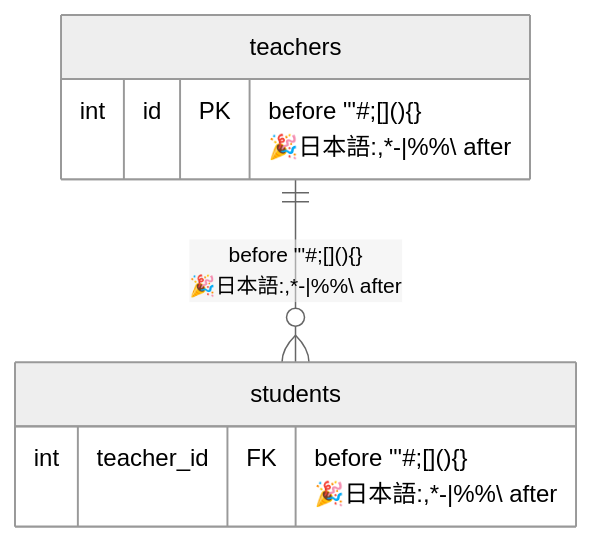
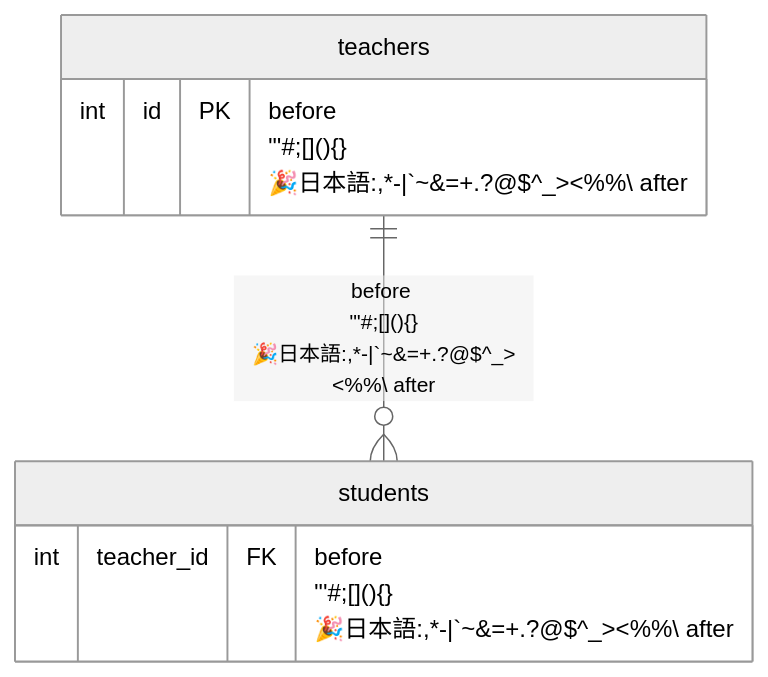
The diagram in doc/edgecase/er.md (nao1215/markdown), drawn with Mermaid (neutral theme) before and after one commit. The commit also changed other lines of this file and 86 other files, not shown here.

First line of the commit message:
fix(mermaid): escape the labels the extended probe set found unreadable (#188)

````diff
--- a/doc/edgecase/er.md
+++ b/doc/edgecase/er.md
@@ -5,11 +5,11 @@
 ```mermaid
 erDiagram
-    teachers ||--o{ students : "before #quot;'#;[](){}<br/>🎉日本語:,*-|%%\ after"
+    teachers ||--o{ students : "before <br/>#quot;'#;[](){}<br/>🎉日本語:,*-|`~&=+.?@$^_><%%\ after"
     students {
-        int teacher_id FK "before #quot;'#;[](){}<br/>🎉日本語:,*-|%%\ after"
+        int teacher_id FK "before <br/>#quot;'#;[](){}<br/>🎉日本語:,*-|`~&=+.?@$^_><%%\ after"
     }
     teachers {
-        int id PK "before #quot;'#;[](){}<br/>🎉日本語:,*-|%%\ after"
+        int id PK "before <br/>#quot;'#;[](){}<br/>🎉日本語:,*-|`~&=+.?@$^_><%%\ after"
     }
 
 ```
````
